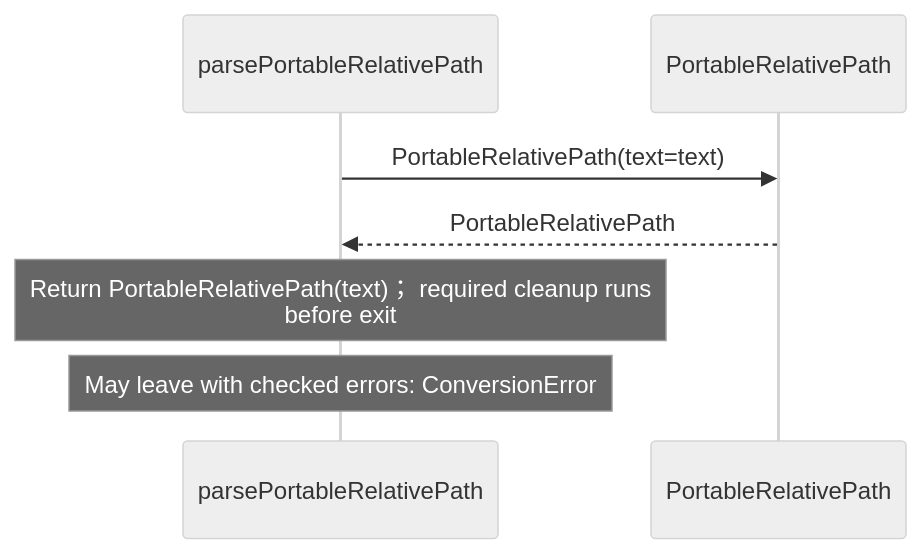
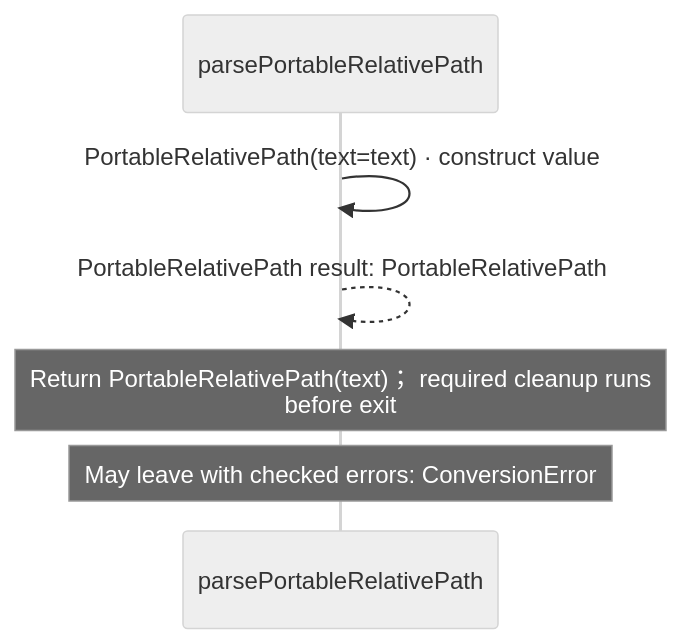
Before and after one commit to GreenPandaStudios/augscript: the third of 7 diagrams in src/stdlib/values/paths.aug.diagrams.md, drawn with Mermaid (neutral theme). The commit also changed other lines of this file and 304 other files, not shown here.

Commit message:
Make generated data-flow sequences concise and review every diagram

````diff
--- a/src/stdlib/values/paths.aug.diagrams.md
+++ b/src/stdlib/values/paths.aug.diagrams.md
@@ -72,9 +48,9 @@
 ```mermaid
 sequenceDiagram
     participant p0 as parsePortableRelativePath
-    participant p1 as PortableRelativePath
-    p0->>p1: PortableRelativePath(text=text)
-    p1-->>p0: PortableRelativePath
+
+    p0->>p0: PortableRelativePath(text=text) · construct value
+    p0-->>p0: PortableRelativePath result: PortableRelativePath
     Note over p0: Return PortableRelativePath(text)； required cleanup runs<br/>before exit
     Note over p0: May leave with checked errors: ConversionError
 ```
````
